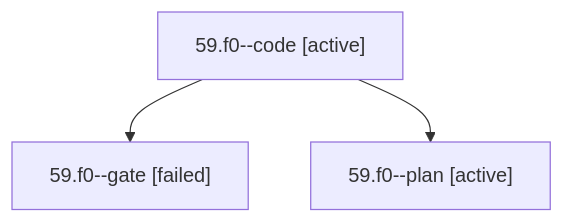
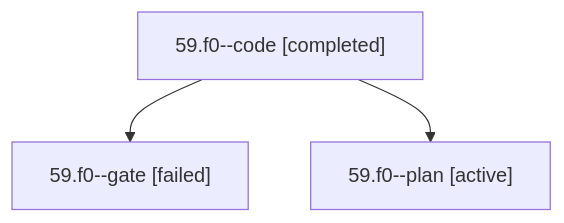
Before and after one commit to bobs-org/bob-cli--agents: the diagram in sessions/bbugyi200.apollo.59.f0.md, drawn with Mermaid. The commit also changed other lines of this file and 17 other files, not shown here.

````diff
--- a/sessions/bbugyi200.apollo.59.f0.md
+++ b/sessions/bbugyi200.apollo.59.f0.md
@@ -9,8 +9,8 @@
 ```mermaid
 flowchart TD
-  n0["59.f0--code [active]"]
+  n0["59.f0--code [completed]"]
   n1["59.f0--gate [failed]"]
   n0 --> n1
   n2["59.f0--plan [active]"]
   n0 --> n2
 ```
````
